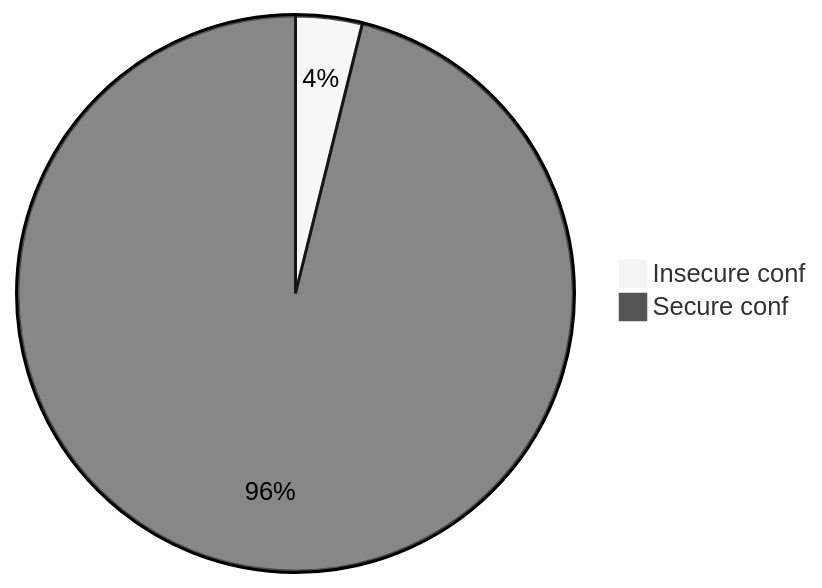
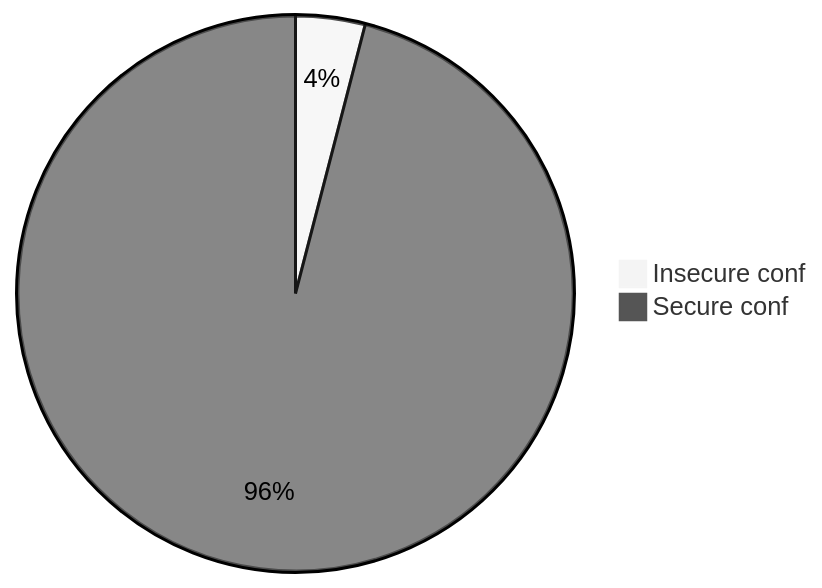
Before and after one commit to oshp/oshp-stats: diagram 20 of 22 in stats.md, drawn with Mermaid (neutral theme). The commit also changed other lines of this file, not shown here.

````diff
--- a/stats.md
+++ b/stats.md
@@ -240,6 +240,6 @@
 ```mermaid
 pie
-	"Insecure conf" : 3.87
-	"Secure conf" : 96.14
+	"Insecure conf" : 4.04
+	"Secure conf" : 95.96
 
 ```
````
